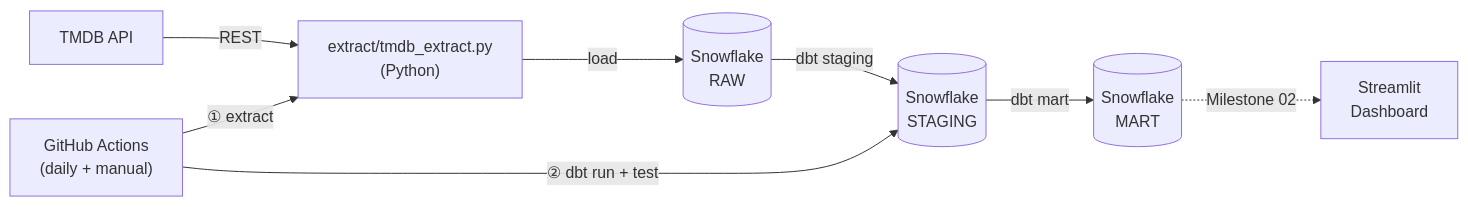
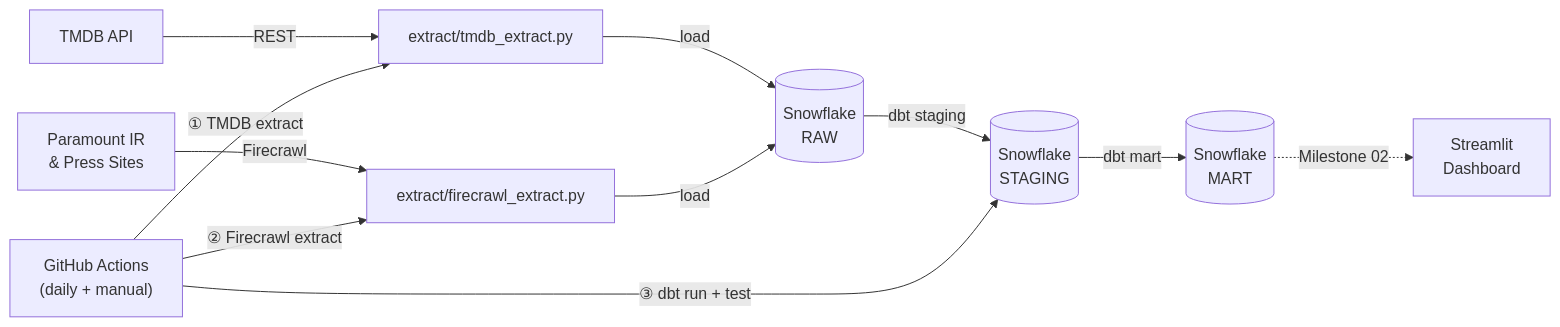
One commit to etimber-sys/Media-Marketing-Analyst changed the diagram in README.md. Above: the diagram before and after it, drawn with Mermaid. The commit also changed other lines of this file, not shown here.

Commit message:
Update pipeline diagram to include Firecrawl source, mark Milestone 01 complete

````diff
--- a/README.md
+++ b/README.md
@@ -36,10 +36,13 @@
 ```mermaid
 flowchart LR
-    A[TMDB API] -->|REST| B["extract/tmdb_extract.py\n(Python)"]
+    A[TMDB API] -->|REST| B["extract/tmdb_extract.py"]
+    W["Paramount IR\n& Press Sites"] -->|Firecrawl| FC["extract/firecrawl_extract.py"]
     B -->|load| C[("Snowflake\nRAW")]
+    FC -->|load| C
     C -->|dbt staging| D[("Snowflake\nSTAGING")]
     D -->|dbt mart| E[("Snowflake\nMART")]
     E -.->|Milestone 02| F["Streamlit\nDashboard"]
-    G["GitHub Actions\n(daily + manual)"] -->|"① extract"| B
-    G -->|"② dbt run + test"| D
+    G["GitHub Actions\n(daily + manual)"] -->|"① TMDB extract"| B
+    G -->|"② Firecrawl extract"| FC
+    G -->|"③ dbt run + test"| D
 ```
````
